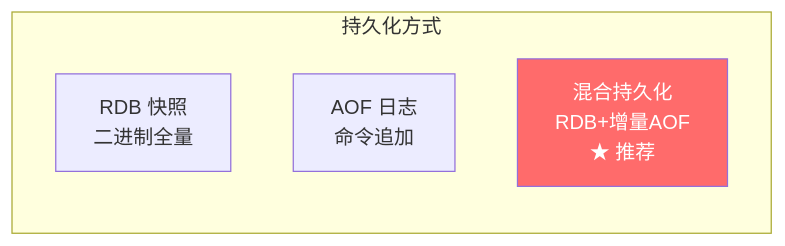
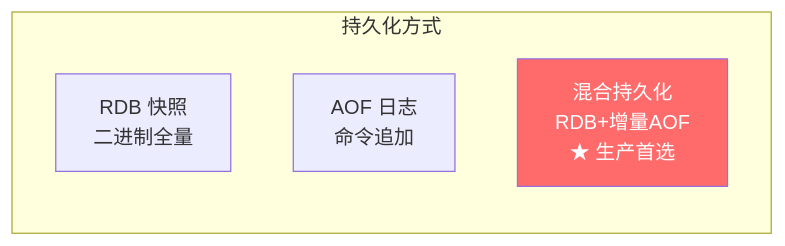
One commit to qigao0787-ops/gq-test changed the seventh of 47 diagrams in document/strengthen/分布式技术面试总结_增强版.md. Above: the diagram before and after it, drawn with Mermaid. The commit also changed other lines of this file, not shown here.

````diff
--- a/document/strengthen/分布式技术面试总结_增强版.md
+++ b/document/strengthen/分布式技术面试总结_增强版.md
@@ -196,10 +507,9 @@
 ```mermaid
 flowchart LR
     subgraph 持久化方式["持久化方式"]
         RDB[RDB 快照<br/>二进制全量]
         AOF[AOF 日志<br/>命令追加]
-        MIX[混合持久化<br/>RDB+增量AOF<br/>★ 推荐]
+        MIX[混合持久化<br/>RDB+增量AOF<br/>★ 生产首选]
     end
-
     style MIX fill:#ff6b6b,color:#fff
 ```
````
